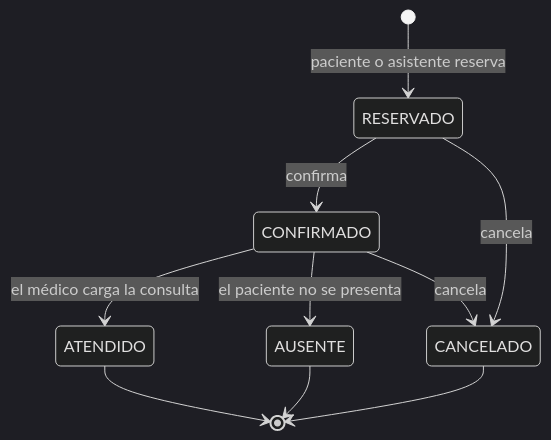
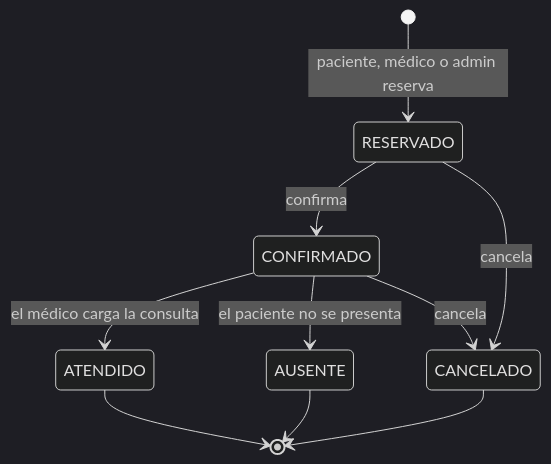
Before and after one commit to GermanGiorgis/clinica-a-tu-salud: the second of 2 diagrams in docs/modelo-datos.md, drawn with Mermaid (dark theme). The commit also changed other lines of this file and 36 other files, not shown here.

````diff
--- a/docs/modelo-datos.md
+++ b/docs/modelo-datos.md
@@ -223,12 +235,12 @@
 ```mermaid
 stateDiagram-v2
-    [*] --> RESERVADO : paciente o asistente reserva
+    [*] --> RESERVADO : paciente, médico o admin reserva
     RESERVADO --> CONFIRMADO : confirma
     RESERVADO --> CANCELADO : cancela
     CONFIRMADO --> ATENDIDO : el médico carga la consulta
     CONFIRMADO --> AUSENTE : el paciente no se presenta
     CONFIRMADO --> CANCELADO : cancela
     ATENDIDO --> [*]
     AUSENTE --> [*]
     CANCELADO --> [*]
 ```
````
